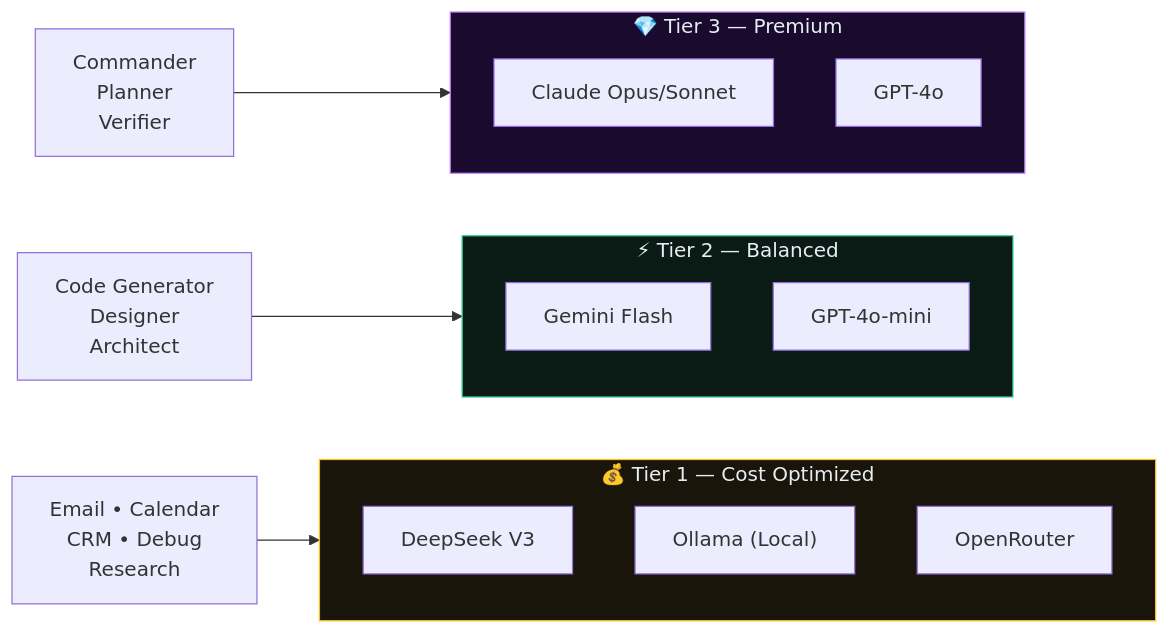
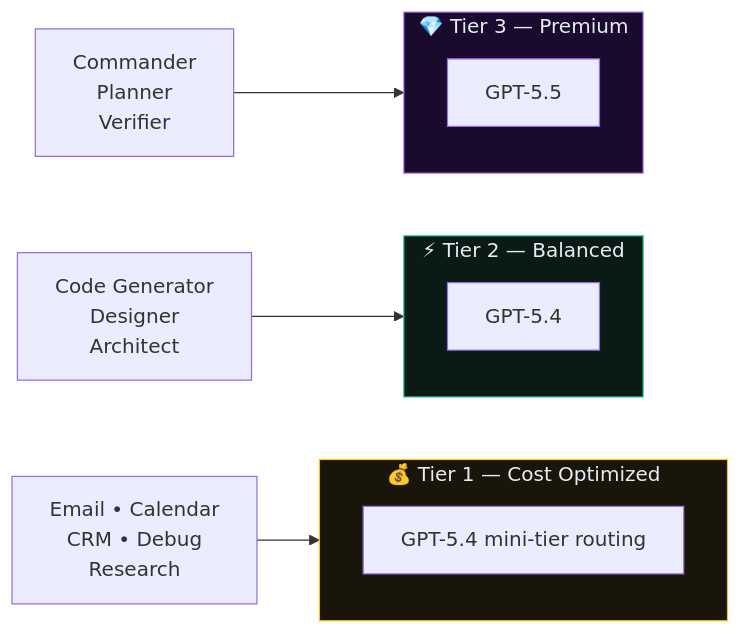
One commit to inbharatai/jak-swarm changed the second of 4 diagrams in README.md. Above: the diagram before and after it, drawn with Mermaid. The commit also changed other lines of this file and 237 other files, not shown here.

````diff
--- a/README.md
+++ b/README.md
@@ -166,26 +197,22 @@
 ```mermaid
 flowchart LR
     subgraph TIER3["💎 Tier 3 — Premium"]
-        T3A["Claude Opus/Sonnet"]
-        T3B["GPT-4o"]
+        T3A["GPT-5.5"]
     end
 
     subgraph TIER2["⚡ Tier 2 — Balanced"]
-        T2A["Gemini Flash"]
-        T2B["GPT-4o-mini"]
+        T2A["GPT-5.4"]
     end
 
     subgraph TIER1["💰 Tier 1 — Cost Optimized"]
-        T1A["DeepSeek V3"]
-        T1B["Ollama (Local)"]
-        T1C["OpenRouter"]
+        T1A["GPT-5.4 mini-tier routing"]
     end
 
     CMD["Commander\nPlanner\nVerifier"] --> TIER3
     GEN["Code Generator\nDesigner\nArchitect"] --> TIER2
     WRK["Email • Calendar\nCRM • Debug\nResearch"] --> TIER1
 
     style TIER3 fill:#1a0a2e,stroke:#c084fc,color:#e6edf3
     style TIER2 fill:#0a1a15,stroke:#34d399,color:#e6edf3
     style TIER1 fill:#1a150a,stroke:#fbbf24,color:#e6edf3
 ```
````
